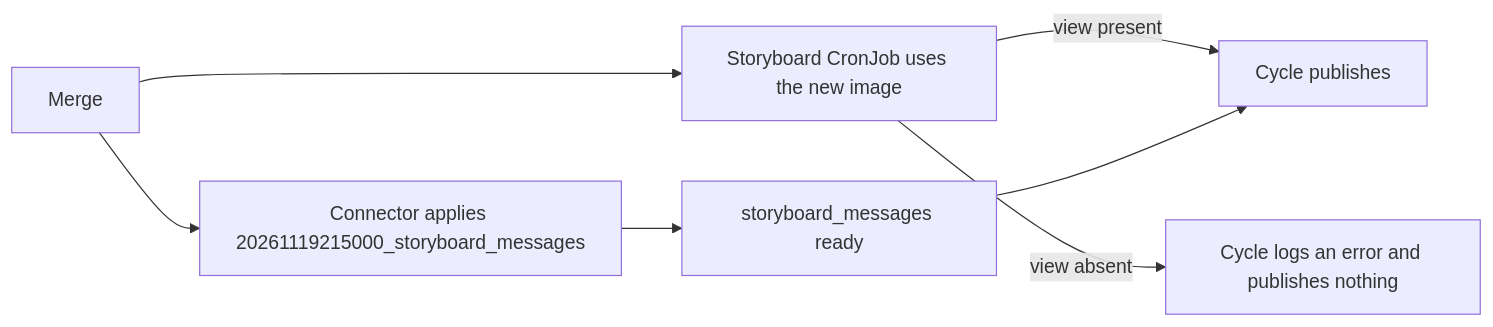
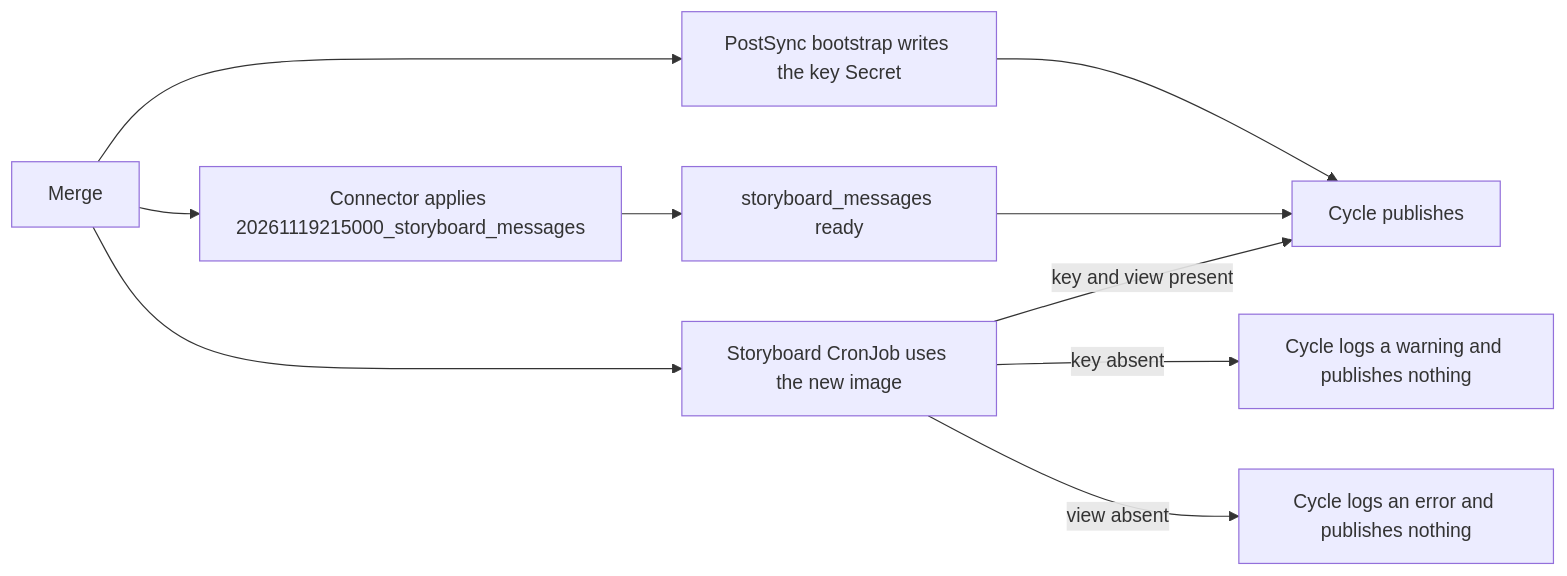
The diagram in projects/factory-storyboard/README.md (jomcgi-org/homelab), drawn with Mermaid before and after one commit. The commit also changed other lines of this file and 15 other files, not shown here.

````diff
--- a/projects/factory-storyboard/README.md
+++ b/projects/factory-storyboard/README.md
@@ -173,9 +154,12 @@
 ```mermaid
 flowchart LR
   M[Merge] --> C["Connector applies 20261119215000_storyboard_messages"]
+  M --> B["PostSync bootstrap writes the key Secret"]
   M --> S["Storyboard CronJob uses the new image"]
   C --> R[storyboard_messages ready]
+  S -->|key absent| K["Cycle logs a warning and publishes nothing"]
   S -->|view absent| N["Cycle logs an error and publishes nothing"]
-  S -->|view present| P[Cycle publishes]
+  S -->|key and view present| P[Cycle publishes]
   R --> P
+  B --> P
 ```
````
